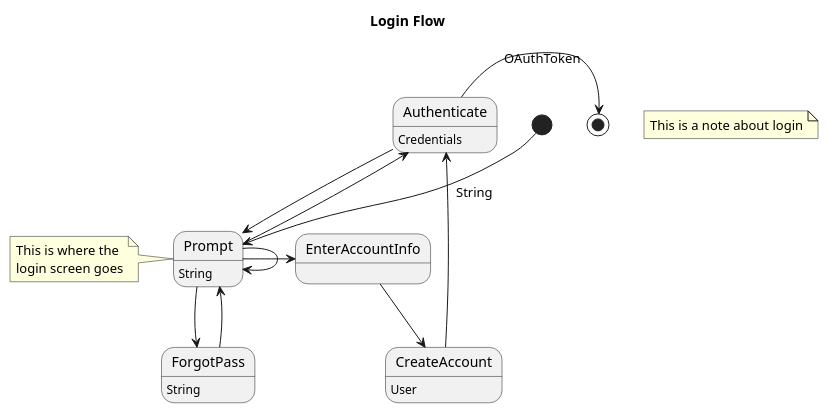
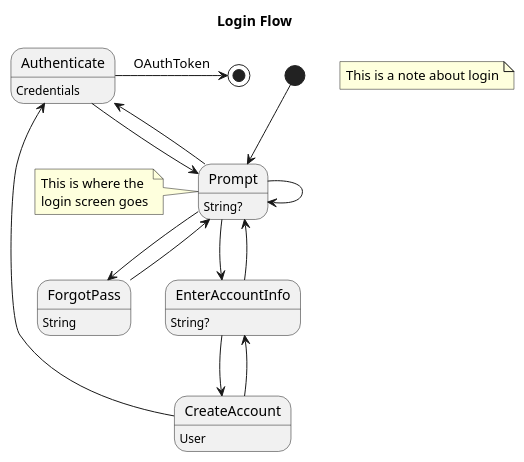
One commit to inmotionsoftware/FlowKit changed the diagram in example/ios/ExampleFlow/ExampleFlow/Login/LoginFlow.puml. Above: the diagram before and after it, drawn with PlantUML. The commit also changed 14 other files, not shown here.

```diff
--- a/example/ios/ExampleFlow/ExampleFlow/Login/LoginFlow.puml
+++ b/example/ios/ExampleFlow/ExampleFlow/Login/LoginFlow.puml
@@ -1,40 +1,34 @@
 @startuml
 
 title Login Flow
 
-[*] --> Prompt: String
+[*] --> Prompt
 
 Prompt --> Authenticate
 Prompt --> ForgotPass
 Prompt -> EnterAccountInfo
-
 Prompt -> Prompt
+Prompt: String?
 
 Authenticate -> Prompt
-
-Prompt: String
-
 Authenticate: Credentials
 
 ForgotPass --> Prompt
+ForgotPass: String
+EnterAccountInfo --> CreateAccount
+EnterAccountInfo --> Prompt
 
-ForgotPass: String
-
-'state EnterAccountInfo {
-'    [*] --> EnterEmail
-'    EnterEmail --> EnterPassword
-'    EnterPassword --> [*]
-'}
-
-EnterAccountInfo --> CreateAccount
 CreateAccount: User
 CreateAccount --> Authenticate
+CreateAccount --> EnterAccountInfo
+
+EnterAccountInfo: String?
 
 note "This is a note about login" as N1
 note left of Prompt
     This is where the
     login screen goes
 end note
 
 Authenticate -> [*]: OAuthToken
 @enduml
```
